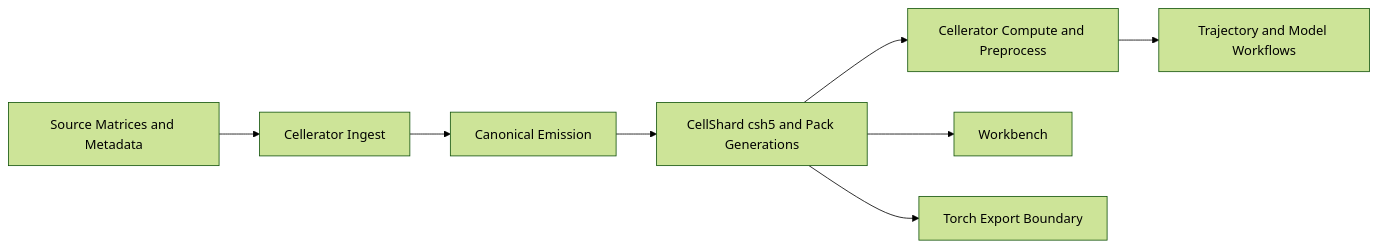
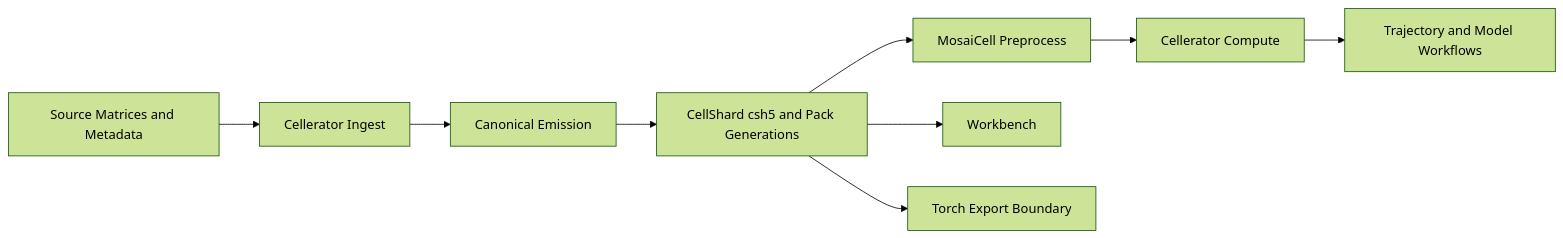
The diagram in docs/index.qmd (tumlinso/Cellerator), drawn with Mermaid (forest theme) before and after one commit. The commit also changed other lines of this file and 22 other files, not shown here.

````diff
--- a/docs/index.qmd
+++ b/docs/index.qmd
@@ -20,10 +20,11 @@
 ```{mermaid}
 flowchart LR
     A[Source Matrices and Metadata] --> B[Cellerator Ingest]
     B --> C[Canonical Emission]
     C --> D[CellShard csh5 and Pack Generations]
-    D --> E[Cellerator Compute and Preprocess]
-    E --> F[Trajectory and Model Workflows]
+    D --> E[MosaiCell Preprocess]
+    E --> I[Cellerator Compute]
+    I --> F[Trajectory and Model Workflows]
     D --> G[Workbench]
     D --> H[Torch Export Boundary]
 ```
````
